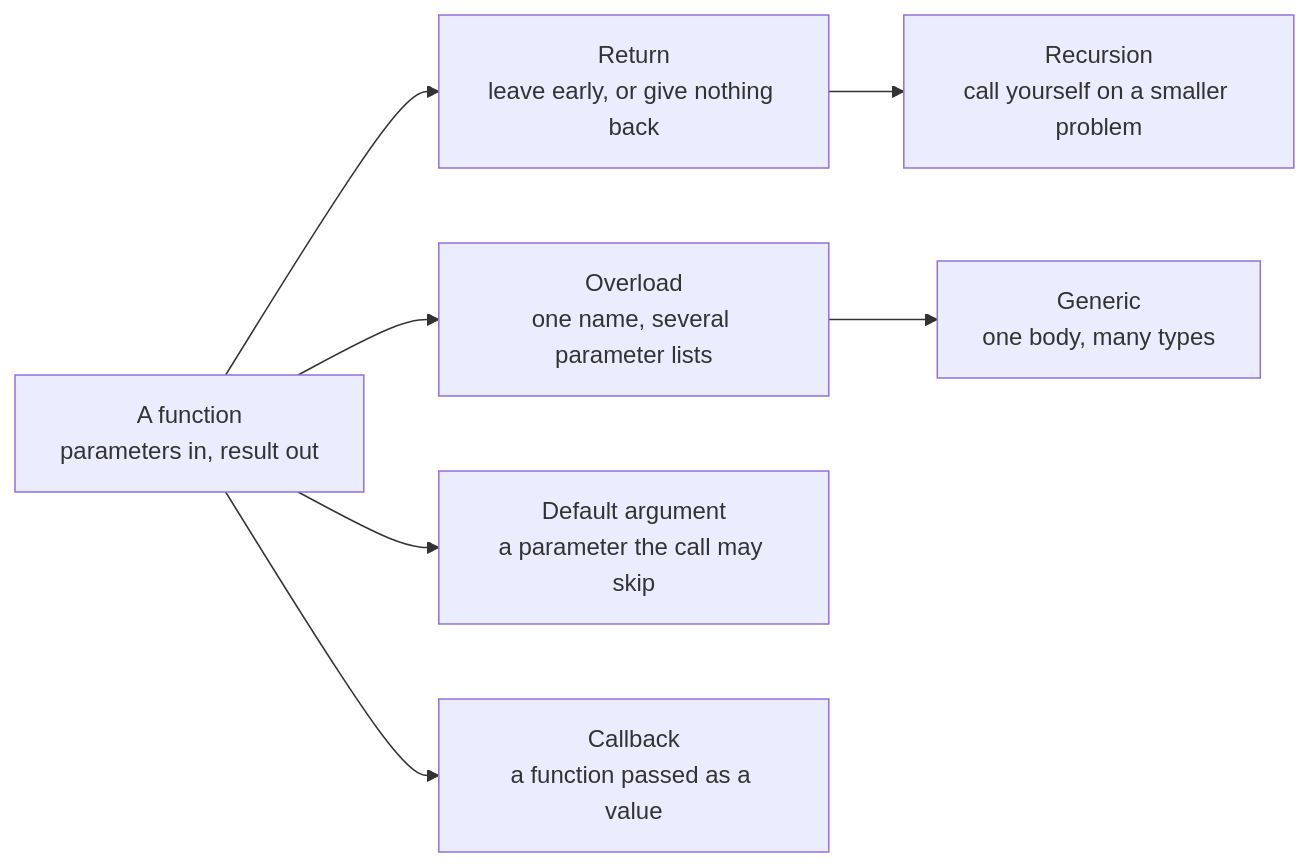
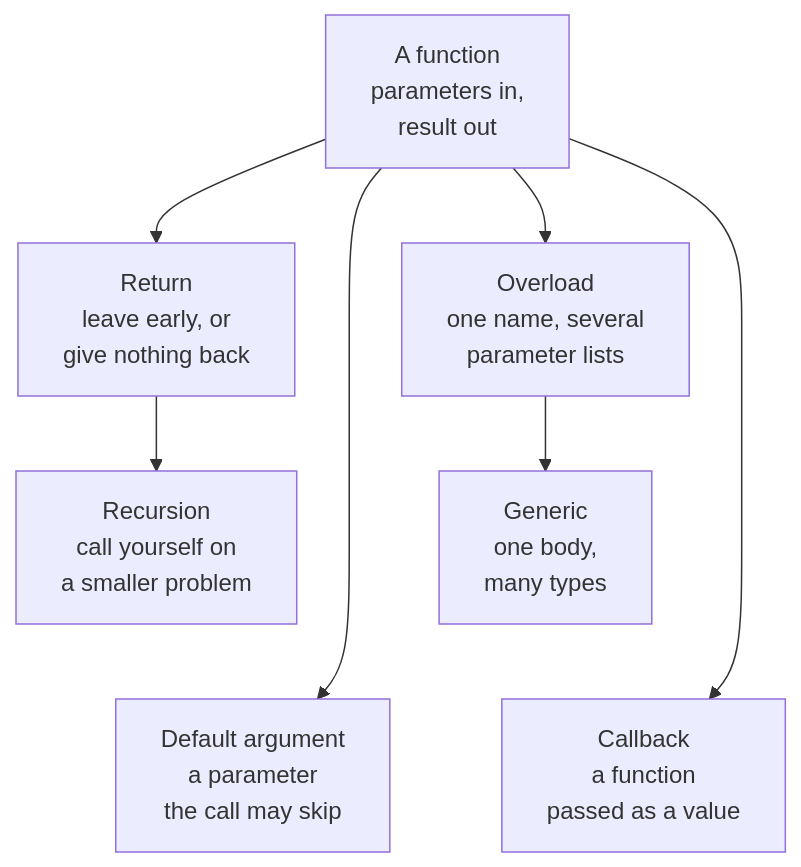
The diagram in content/docs/1.learn/04.functions/00.index.md (rux-lang/Web), drawn with Mermaid before and after one commit. The commit also changed 46 other files, not shown here.

First line of the commit message:
Fit the course diagrams on phone screens

````diff
--- a/content/docs/1.learn/04.functions/00.index.md
+++ b/content/docs/1.learn/04.functions/00.index.md
@@ -25,9 +25,11 @@
 ```mermaid
-flowchart LR
-    f["A function<br/>parameters in, result out"] --> r["Return<br/>leave early, or give nothing back"]
-    r --> rec["Recursion<br/>call yourself on a smaller problem"]
-    f --> o["Overload<br/>one name, several parameter lists"]
-    o --> g["Generic<br/>one body, many types"]
-    f --> d["Default argument<br/>a parameter the call may skip"]
-    f --> cb["Callback<br/>a function passed as a value"]
+flowchart TD
+    f["A function<br/>parameters in,<br/>result out"] --> r["Return<br/>leave early, or<br/>give nothing back"]
+    f --> o["Overload<br/>one name, several<br/>parameter lists"]
+    r --> rec["Recursion<br/>call yourself on<br/>a smaller problem"]
+    o --> g["Generic<br/>one body,<br/>many types"]
+    rec ~~~ d["Default argument<br/>a parameter<br/>the call may skip"]
+    g ~~~ cb["Callback<br/>a function<br/>passed as a value"]
+    f --> d
+    f --> cb
 ```
````
